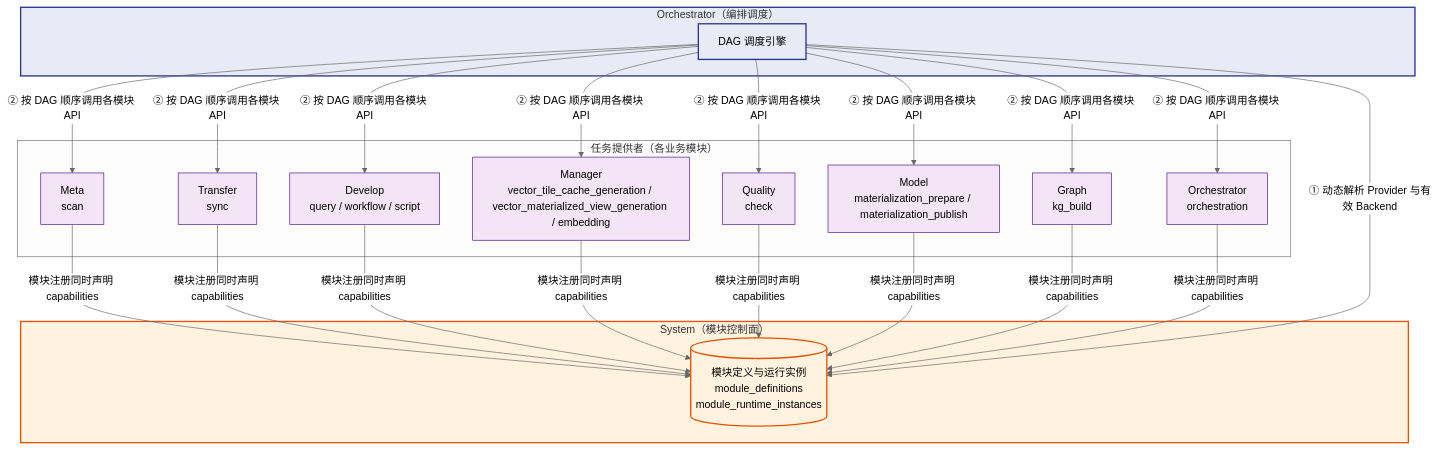
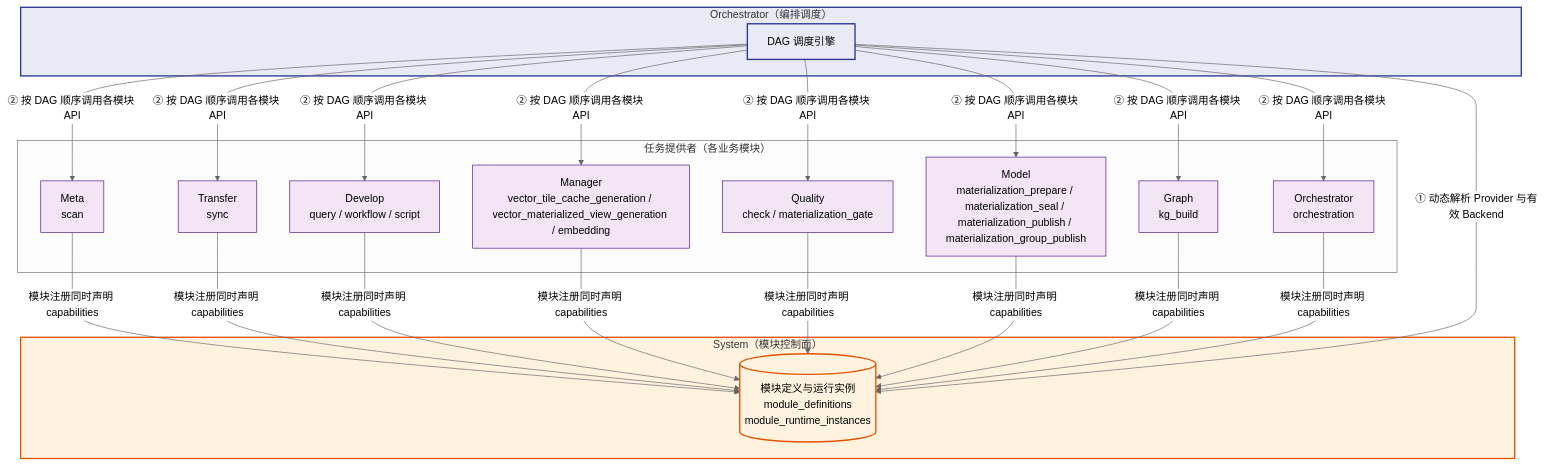
One commit to pampa0629/addp changed diagram 13 of 14 in docs/concepts/addp模块架构图.md. Above: the diagram before and after it, drawn with Mermaid (neutral theme). The commit also changed other lines of this file and 1206 other files, not shown here.

````diff
--- a/docs/concepts/addp模块架构图.md
+++ b/docs/concepts/addp模块架构图.md
@@ -903,47 +951,47 @@
 ```mermaid
 graph TB
     subgraph System["System（模块控制面）"]
         ModuleRegistry[(模块定义与运行实例<br/>module_definitions<br/>module_runtime_instances)]
     end
 
     subgraph Providers["任务提供者（各业务模块）"]
         MetaT["Meta<br/>scan"]
         TransferT["Transfer<br/>sync"]
         DevelopT["Develop<br/>query / workflow / script"]
         ManagerT["Manager<br/>vector_tile_cache_generation / vector_materialized_view_generation / embedding"]
-        QualityT["Quality<br/>check"]
-        ModelT["Model<br/>materialization_prepare / materialization_publish"]
+        QualityT["Quality<br/>check / materialization_gate"]
+        ModelT["Model<br/>materialization_prepare / materialization_seal / materialization_publish / materialization_group_publish"]
         GraphT["Graph<br/>kg_build"]
         OrchestratorT["Orchestrator<br/>orchestration"]
 
         MetaT   -->|"模块注册同时声明 capabilities"| ModuleRegistry
         TransferT -->|"模块注册同时声明 capabilities"| ModuleRegistry
         DevelopT -->|"模块注册同时声明 capabilities"| ModuleRegistry
         ManagerT -->|"模块注册同时声明 capabilities"| ModuleRegistry
         QualityT -->|"模块注册同时声明 capabilities"| ModuleRegistry
         ModelT -->|"模块注册同时声明 capabilities"| ModuleRegistry
         GraphT -->|"模块注册同时声明 capabilities"| ModuleRegistry
         OrchestratorT -->|"模块注册同时声明 capabilities"| ModuleRegistry
     end
 
     subgraph Orchestrator["Orchestrator（编排调度）"]
         DAGEngine["DAG 调度引擎"]
         DAGEngine -->|"① 动态解析 Provider 与有效 Backend"| ModuleRegistry
         DAGEngine -->|"② 按 DAG 顺序调用各模块 API"| MetaT
         DAGEngine -->|"② 按 DAG 顺序调用各模块 API"| TransferT
         DAGEngine -->|"② 按 DAG 顺序调用各模块 API"| DevelopT
         DAGEngine -->|"② 按 DAG 顺序调用各模块 API"| ManagerT
         DAGEngine -->|"② 按 DAG 顺序调用各模块 API"| QualityT
         DAGEngine -->|"② 按 DAG 顺序调用各模块 API"| ModelT
         DAGEngine -->|"② 按 DAG 顺序调用各模块 API"| GraphT
         DAGEngine -->|"② 按 DAG 顺序调用各模块 API"| OrchestratorT
     end
 
     classDef system fill:#fff3e0,stroke:#e65100,stroke-width:2px
     classDef provider fill:#f3e5f5,stroke:#4a148c
     classDef orch fill:#e8eaf6,stroke:#283593,stroke-width:2px
 
     class System,ModuleRegistry system
     class MetaT,TransferT,DevelopT,ManagerT,QualityT,ModelT,GraphT,OrchestratorT provider
     class Orchestrator,DAGEngine orch
 ```
````
